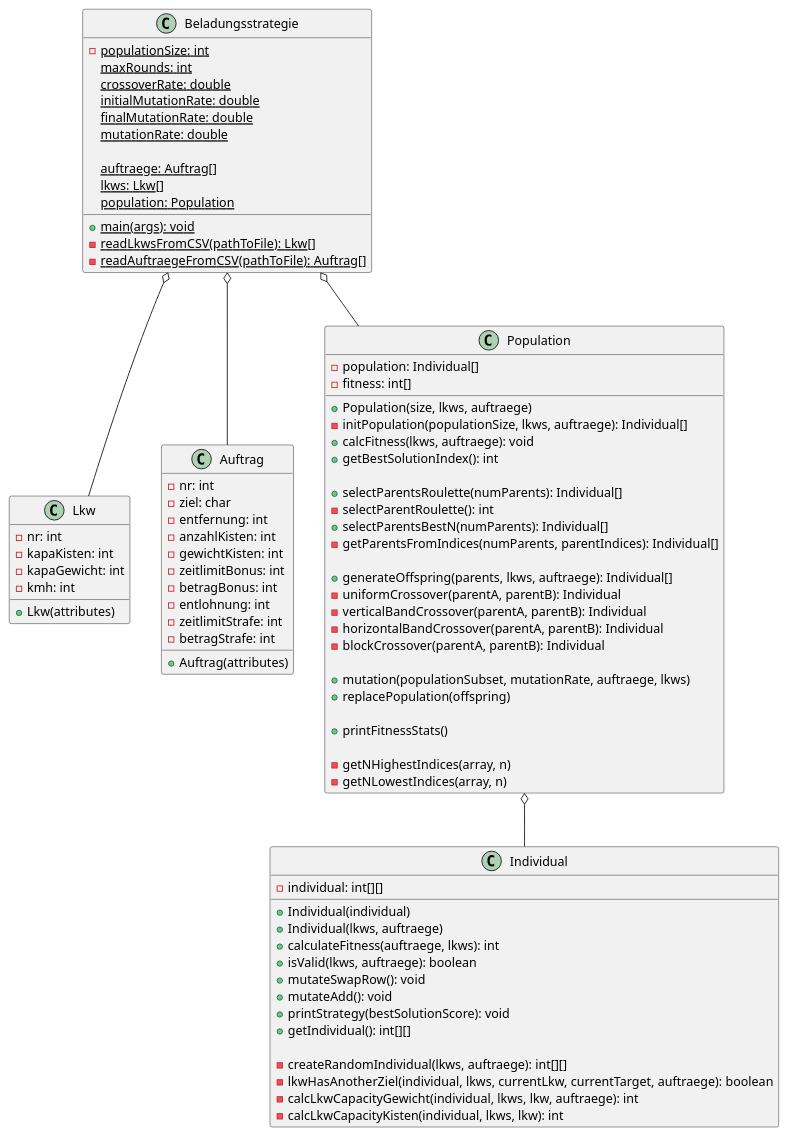
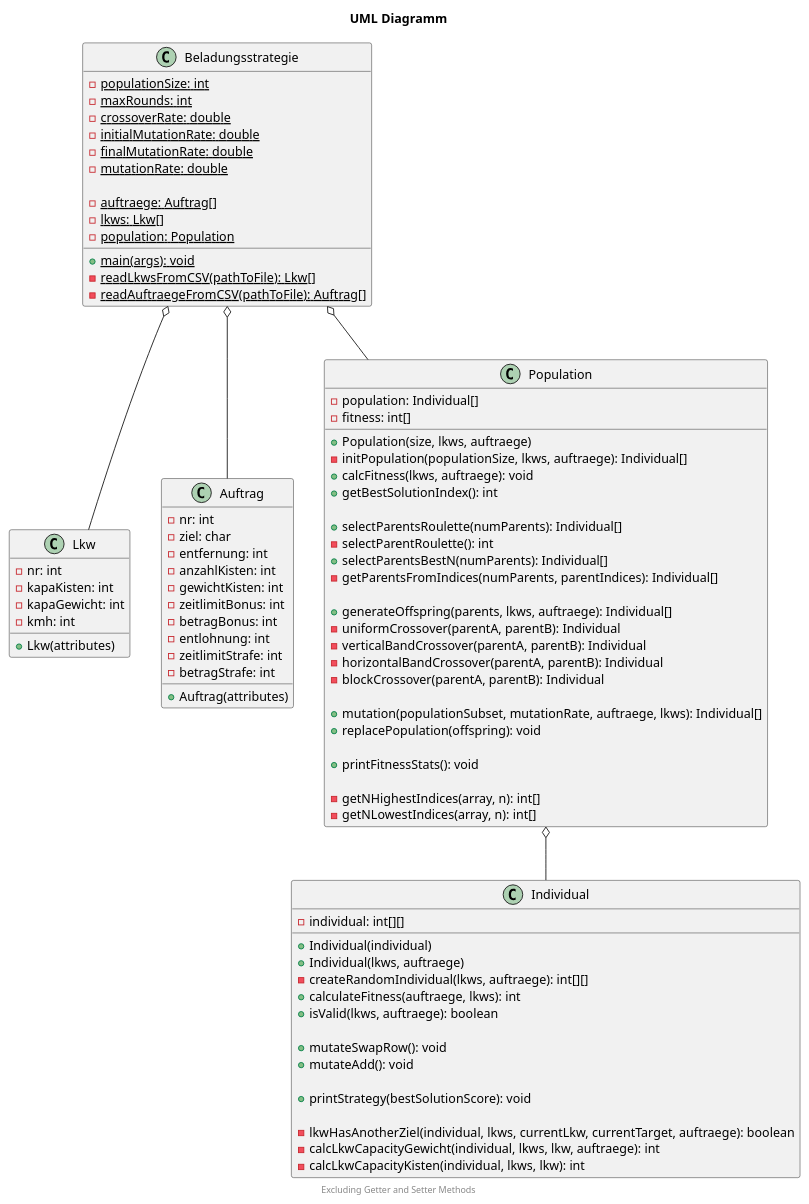
Before and after one commit to AnjaNiedermeier/geneticAlgorithmKI: the diagram in uml.puml, drawn with PlantUML.

Commit message:
generate class diagram

```diff
--- a/uml.puml
+++ b/uml.puml
@@ -1,95 +1,103 @@
 @startuml
+
+title UML Diagramm
+
+' This is a subtitle or additional info
+' You can add any text here to provide extra context or information
 
 class Lkw {
   - nr: int
   - kapaKisten: int
   - kapaGewicht: int
   - kmh: int
 
   + Lkw(attributes)
 }
 
 class Auftrag {
   - nr: int
   - ziel: char
   - entfernung: int
   - anzahlKisten: int
   - gewichtKisten: int
   - zeitlimitBonus: int
   - betragBonus: int
   - entlohnung: int
   - zeitlimitStrafe: int
   - betragStrafe: int
 
   + Auftrag(attributes)
 }
 
 class Beladungsstrategie {
   - {static} populationSize: int
-  {static} maxRounds: int
-  {static} crossoverRate: double
-  {static} initialMutationRate: double
-  {static} finalMutationRate: double
-  {static} mutationRate: double
+  - {static} maxRounds: int
+  - {static} crossoverRate: double
+  - {static} initialMutationRate: double
+  - {static} finalMutationRate: double
+  - {static} mutationRate: double
 
-  {static} auftraege: Auftrag[]
-  {static} lkws: Lkw[]
-  {static} population: Population
+  - {static} auftraege: Auftrag[]
+  - {static} lkws: Lkw[]
+  - {static} population: Population
 
   + {static} main(args): void
   - {static} readLkwsFromCSV(pathToFile): Lkw[]
   - {static} readAuftraegeFromCSV(pathToFile): Auftrag[]
 }
 
 class Population {
   - population: Individual[]
   - fitness: int[]
 
   + Population(size, lkws, auftraege)
   - initPopulation(populationSize, lkws, auftraege): Individual[]
   + calcFitness(lkws, auftraege): void
   + getBestSolutionIndex(): int
 
   + selectParentsRoulette(numParents): Individual[]
   - selectParentRoulette(): int
   + selectParentsBestN(numParents): Individual[]
   - getParentsFromIndices(numParents, parentIndices): Individual[]
   
   + generateOffspring(parents, lkws, auftraege): Individual[]
   - uniformCrossover(parentA, parentB): Individual
   - verticalBandCrossover(parentA, parentB): Individual
   - horizontalBandCrossover(parentA, parentB): Individual
   - blockCrossover(parentA, parentB): Individual
 
-  + mutation(populationSubset, mutationRate, auftraege, lkws)
-  + replacePopulation(offspring)
+  + mutation(populationSubset, mutationRate, auftraege, lkws): Individual[]
+  + replacePopulation(offspring): void
   
-  + printFitnessStats()
+  + printFitnessStats(): void
 
-  - getNHighestIndices(array, n)
-  - getNLowestIndices(array, n)
+  - getNHighestIndices(array, n): int[]
+  - getNLowestIndices(array, n): int[]
 }
 
 class Individual {
   - individual: int[][]
 
   + Individual(individual)
   + Individual(lkws, auftraege)
+  - createRandomIndividual(lkws, auftraege): int[][]
   + calculateFitness(auftraege, lkws): int
   + isValid(lkws, auftraege): boolean
+
   + mutateSwapRow(): void
   + mutateAdd(): void
+
   + printStrategy(bestSolutionScore): void
-  + getIndividual(): int[][]
 
-  - createRandomIndividual(lkws, auftraege): int[][]
   - lkwHasAnotherZiel(individual, lkws, currentLkw, currentTarget, auftraege): boolean
   - calcLkwCapacityGewicht(individual, lkws, lkw, auftraege): int
   - calcLkwCapacityKisten(individual, lkws, lkw): int
 }
 
 Beladungsstrategie o-- Population
 Beladungsstrategie o-- Lkw
 Beladungsstrategie o-- Auftrag
 Population o-- Individual
+
+center footer Excluding Getter and Setter Methods
 @enduml
```
